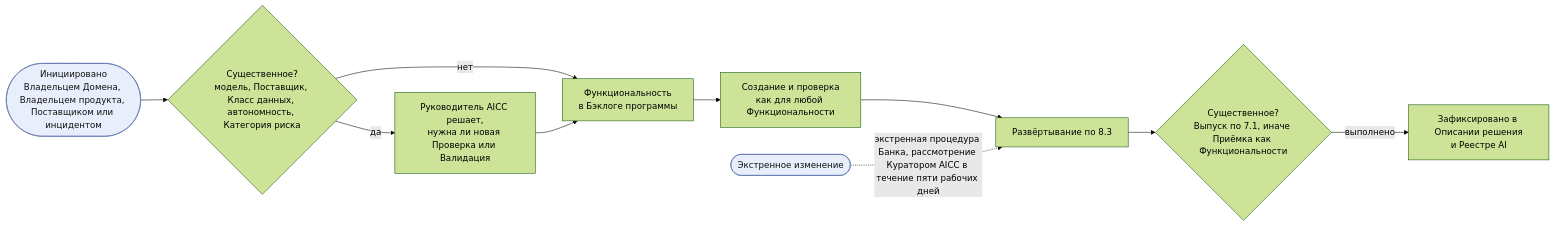
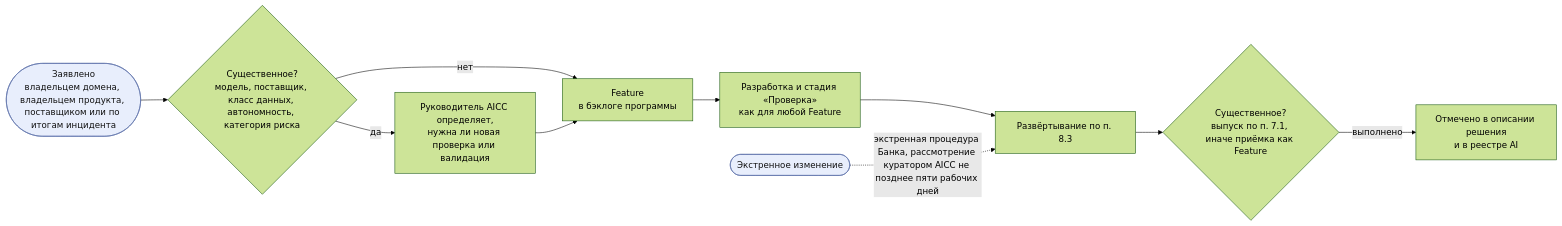
Diagram 13 of 13 in charter/ru/documents/solution-lifecycle-model.md (devhogu/ob-aicc), drawn with Mermaid (forest theme) before and after one commit. The commit also changed other lines of this file and 1 other file, not shown here.

````diff
--- a/charter/ru/documents/solution-lifecycle-model.md
+++ b/charter/ru/documents/solution-lifecycle-model.md
@@ -476,13 +476,13 @@
 ```mermaid
 flowchart LR
-  RS(["Инициировано<br/>Владельцем Домена, Владельцем продукта, Поставщиком или инцидентом"]):::iface --> CLS{"Существенное?<br/>модель, Поставщик, Класс данных, автономность, Категория риска"}
-  CLS -->|нет| FT["Функциональность<br/>в Бэклоге программы"]
-  CLS -->|да| DC["Руководитель AICC решает,<br/>нужна ли новая Проверка или Валидация"]
+  RS(["Заявлено<br/>владельцем домена, владельцем продукта, поставщиком или по итогам инцидента"]):::iface --> CLS{"Существенное?<br/>модель, поставщик, класс данных, автономность, категория риска"}
+  CLS -->|нет| FT["Feature<br/>в бэклоге программы"]
+  CLS -->|да| DC["Руководитель AICC определяет,<br/>нужна ли новая проверка или валидация"]
   DC --> FT
-  FT --> BV["Создание и проверка<br/>как для любой Функциональности"]
-  BV --> DPL["Развёртывание по 8.3"]
-  DPL --> RLS{"Существенное?<br/>Выпуск по 7.1, иначе Приёмка как Функциональности"}
-  RLS -->|выполнено| NT["Зафиксировано в Описании решения<br/>и Реестре AI"]
-  EM(["Экстренное изменение"]):::iface -.экстренная процедура Банка, рассмотрение Куратором AICC в течение пяти рабочих дней.-> DPL
+  FT --> BV["Разработка и стадия «Проверка»<br/>как для любой Feature"]
+  BV --> DPL["Развёртывание по п. 8.3"]
+  DPL --> RLS{"Существенное?<br/>выпуск по п. 7.1, иначе приёмка как Feature"}
+  RLS -->|выполнено| NT["Отмечено в описании решения<br/>и в реестре AI"]
+  EM(["Экстренное изменение"]):::iface -.экстренная процедура Банка, рассмотрение куратором AICC не позднее пяти рабочих дней.-> DPL
   classDef iface fill:#e8eefc,stroke:#5a6fa8,color:#111
 ```
````
